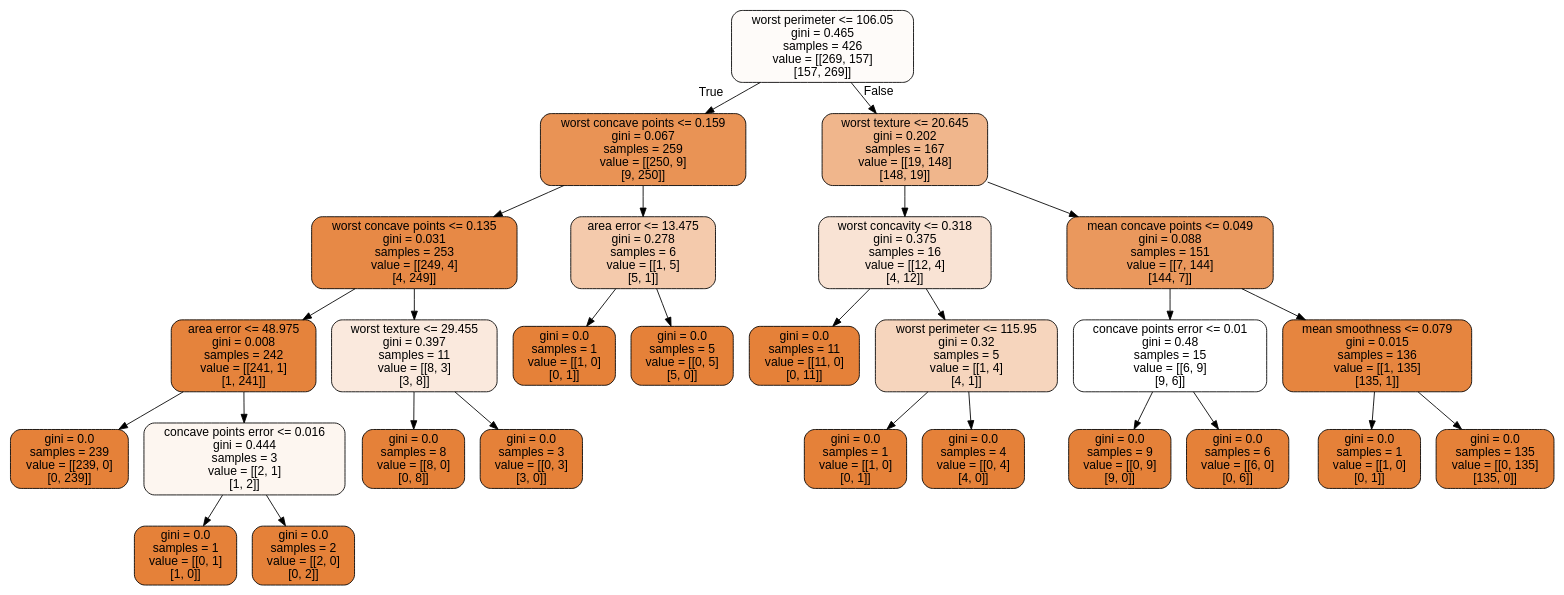
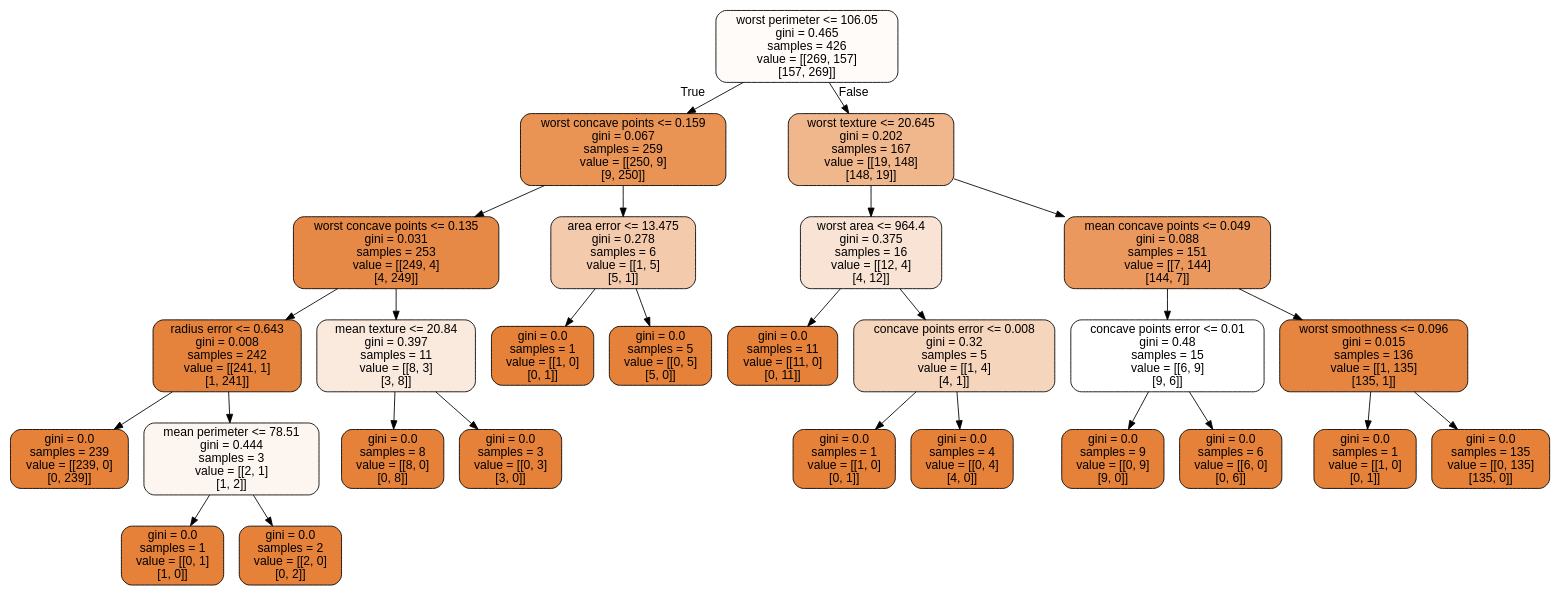
Before and after one commit to CompPhysics/MachineLearning: the diagram in doc/pub/week46/ipynb/DataFiles/cancer.dot, drawn with Graphviz. The commit also changed 3 other files, not shown here.

```diff
--- a/doc/pub/week46/ipynb/DataFiles/cancer.dot
+++ b/doc/pub/week46/ipynb/DataFiles/cancer.dot
@@ -1,57 +1,57 @@
 digraph Tree {
 node [shape=box, style="filled, rounded", color="black", fontname="helvetica"] ;
 edge [fontname="helvetica"] ;
 0 [label="worst perimeter <= 106.05\ngini = 0.465\nsamples = 426\nvalue = [[269, 157]\n[157, 269]]", fillcolor="#fefbf9"] ;
 1 [label="worst concave points <= 0.159\ngini = 0.067\nsamples = 259\nvalue = [[250, 9]\n[9, 250]]", fillcolor="#e99355"] ;
 0 -> 1 [labeldistance=2.5, labelangle=45, headlabel="True"] ;
 2 [label="worst concave points <= 0.135\ngini = 0.031\nsamples = 253\nvalue = [[249, 4]\n[4, 249]]", fillcolor="#e78946"] ;
 1 -> 2 ;
-3 [label="area error <= 48.975\ngini = 0.008\nsamples = 242\nvalue = [[241, 1]\n[1, 241]]", fillcolor="#e5833c"] ;
+3 [label="radius error <= 0.643\ngini = 0.008\nsamples = 242\nvalue = [[241, 1]\n[1, 241]]", fillcolor="#e5833c"] ;
 2 -> 3 ;
 4 [label="gini = 0.0\nsamples = 239\nvalue = [[239, 0]\n[0, 239]]", fillcolor="#e58139"] ;
 3 -> 4 ;
-5 [label="concave points error <= 0.016\ngini = 0.444\nsamples = 3\nvalue = [[2, 1]\n[1, 2]]", fillcolor="#fdf6f0"] ;
+5 [label="mean perimeter <= 78.51\ngini = 0.444\nsamples = 3\nvalue = [[2, 1]\n[1, 2]]", fillcolor="#fdf6f0"] ;
 3 -> 5 ;
 6 [label="gini = 0.0\nsamples = 1\nvalue = [[0, 1]\n[1, 0]]", fillcolor="#e58139"] ;
 5 -> 6 ;
 7 [label="gini = 0.0\nsamples = 2\nvalue = [[2, 0]\n[0, 2]]", fillcolor="#e58139"] ;
 5 -> 7 ;
-8 [label="worst texture <= 29.455\ngini = 0.397\nsamples = 11\nvalue = [[8, 3]\n[3, 8]]", fillcolor="#fae9dd"] ;
+8 [label="mean texture <= 20.84\ngini = 0.397\nsamples = 11\nvalue = [[8, 3]\n[3, 8]]", fillcolor="#fae9dd"] ;
 2 -> 8 ;
 9 [label="gini = 0.0\nsamples = 8\nvalue = [[8, 0]\n[0, 8]]", fillcolor="#e58139"] ;
 8 -> 9 ;
 10 [label="gini = 0.0\nsamples = 3\nvalue = [[0, 3]\n[3, 0]]", fillcolor="#e58139"] ;
 8 -> 10 ;
 11 [label="area error <= 13.475\ngini = 0.278\nsamples = 6\nvalue = [[1, 5]\n[5, 1]]", fillcolor="#f4caac"] ;
 1 -> 11 ;
 12 [label="gini = 0.0\nsamples = 1\nvalue = [[1, 0]\n[0, 1]]", fillcolor="#e58139"] ;
 11 -> 12 ;
 13 [label="gini = 0.0\nsamples = 5\nvalue = [[0, 5]\n[5, 0]]", fillcolor="#e58139"] ;
 11 -> 13 ;
 14 [label="worst texture <= 20.645\ngini = 0.202\nsamples = 167\nvalue = [[19, 148]\n[148, 19]]", fillcolor="#f0b68c"] ;
 0 -> 14 [labeldistance=2.5, labelangle=-45, headlabel="False"] ;
-15 [label="worst concavity <= 0.318\ngini = 0.375\nsamples = 16\nvalue = [[12, 4]\n[4, 12]]", fillcolor="#f9e3d4"] ;
+15 [label="worst area <= 964.4\ngini = 0.375\nsamples = 16\nvalue = [[12, 4]\n[4, 12]]", fillcolor="#f9e3d4"] ;
 14 -> 15 ;
 16 [label="gini = 0.0\nsamples = 11\nvalue = [[11, 0]\n[0, 11]]", fillcolor="#e58139"] ;
 15 -> 16 ;
-17 [label="worst perimeter <= 115.95\ngini = 0.32\nsamples = 5\nvalue = [[1, 4]\n[4, 1]]", fillcolor="#f6d5bd"] ;
+17 [label="concave points error <= 0.008\ngini = 0.32\nsamples = 5\nvalue = [[1, 4]\n[4, 1]]", fillcolor="#f6d5bd"] ;
 15 -> 17 ;
 18 [label="gini = 0.0\nsamples = 1\nvalue = [[1, 0]\n[0, 1]]", fillcolor="#e58139"] ;
 17 -> 18 ;
 19 [label="gini = 0.0\nsamples = 4\nvalue = [[0, 4]\n[4, 0]]", fillcolor="#e58139"] ;
 17 -> 19 ;
 20 [label="mean concave points <= 0.049\ngini = 0.088\nsamples = 151\nvalue = [[7, 144]\n[144, 7]]", fillcolor="#ea985d"] ;
 14 -> 20 ;
 21 [label="concave points error <= 0.01\ngini = 0.48\nsamples = 15\nvalue = [[6, 9]\n[9, 6]]", fillcolor="#ffffff"] ;
 20 -> 21 ;
 22 [label="gini = 0.0\nsamples = 9\nvalue = [[0, 9]\n[9, 0]]", fillcolor="#e58139"] ;
 21 -> 22 ;
 23 [label="gini = 0.0\nsamples = 6\nvalue = [[6, 0]\n[0, 6]]", fillcolor="#e58139"] ;
 21 -> 23 ;
-24 [label="mean smoothness <= 0.079\ngini = 0.015\nsamples = 136\nvalue = [[1, 135]\n[135, 1]]", fillcolor="#e6853f"] ;
+24 [label="worst smoothness <= 0.096\ngini = 0.015\nsamples = 136\nvalue = [[1, 135]\n[135, 1]]", fillcolor="#e6853f"] ;
 20 -> 24 ;
 25 [label="gini = 0.0\nsamples = 1\nvalue = [[1, 0]\n[0, 1]]", fillcolor="#e58139"] ;
 24 -> 25 ;
 26 [label="gini = 0.0\nsamples = 135\nvalue = [[0, 135]\n[135, 0]]", fillcolor="#e58139"] ;
 24 -> 26 ;
 }
```
